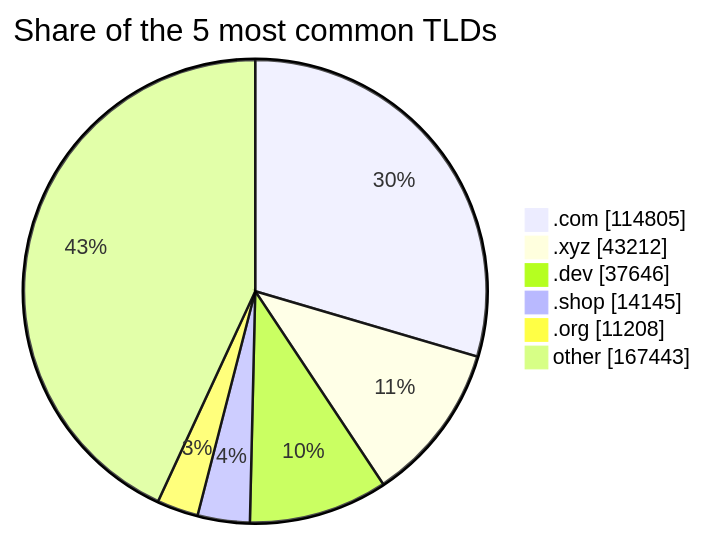
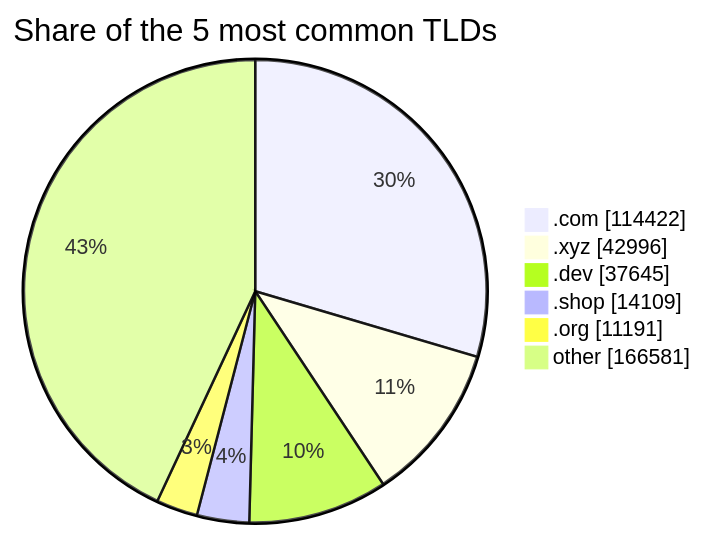
The third of 3 diagrams in README.md (DNSBunker/CTI), drawn with Mermaid before and after one commit. The commit also changed other lines of this file and 3 other files, not shown here.

````diff
--- a/README.md
+++ b/README.md
@@ -81,9 +81,9 @@
 ```mermaid
 pie showData title Share of the 5 most common TLDs
-    ".com" : 114805
-    ".xyz" : 43212
-    ".dev" : 37646
-    ".shop" : 14145
-    ".org" : 11208
-    "other" : 167443
+    ".com" : 114422
+    ".xyz" : 42996
+    ".dev" : 37645
+    ".shop" : 14109
+    ".org" : 11191
+    "other" : 166581
 ```
````
